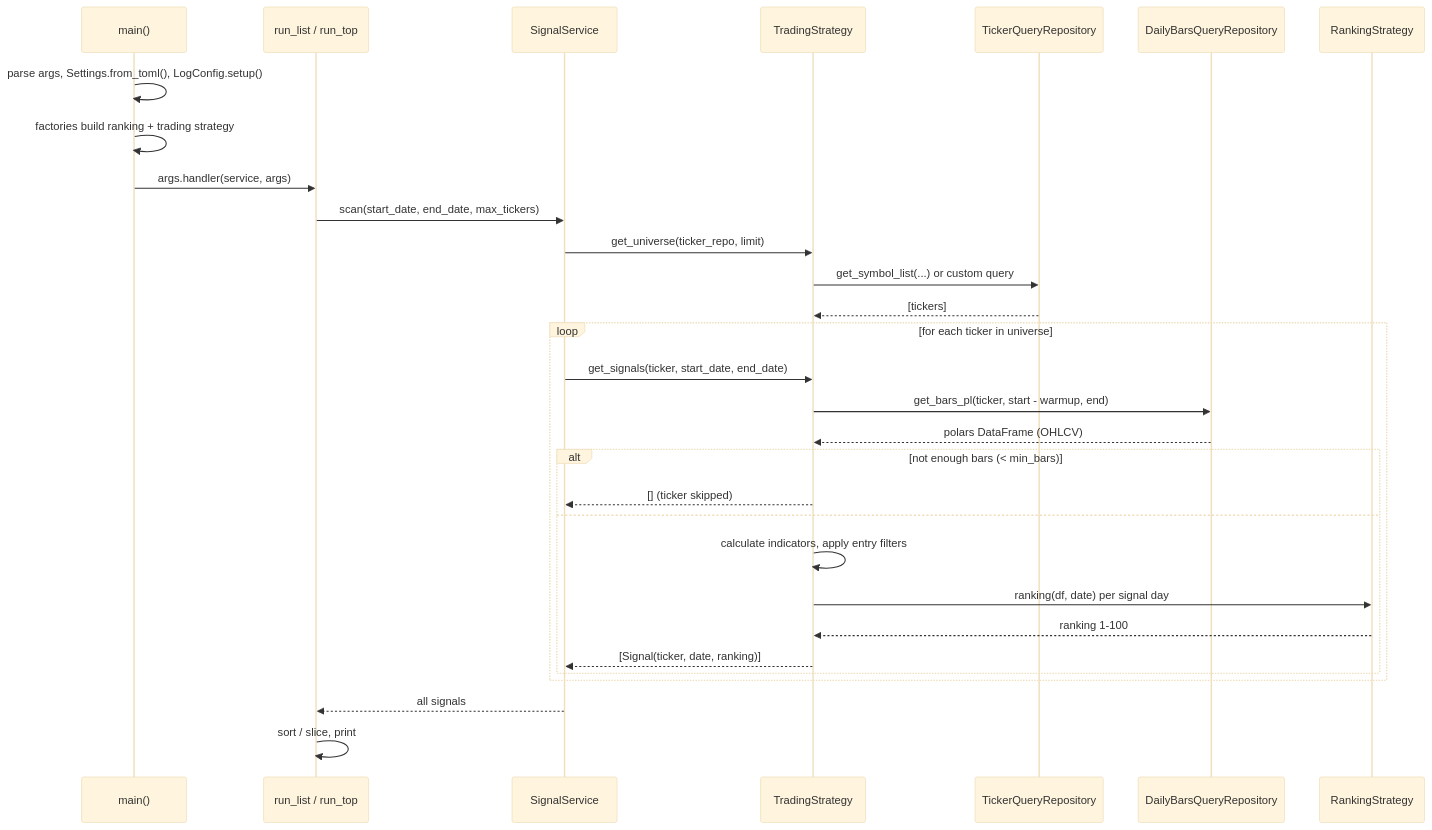
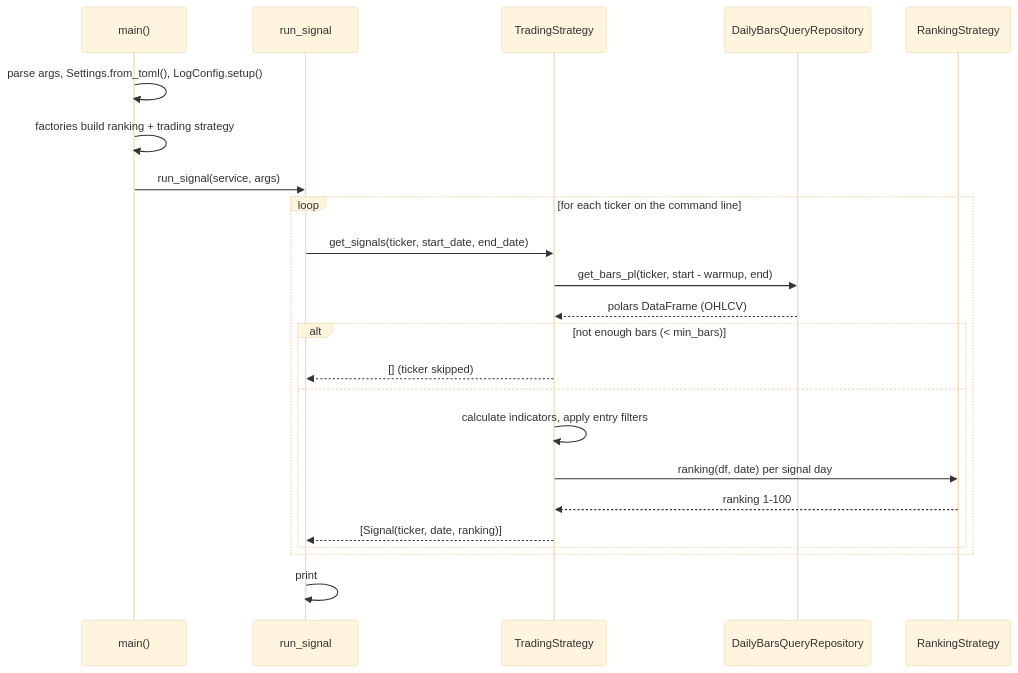
The second of 2 diagrams in docs/signal_runner.md (jaaknt/turtle-backtest), drawn with Mermaid (base theme) before and after one commit. The commit also changed other lines of this file and 7 other files, not shown here.

First line of the commit message:
Remove list/top modes from signal-runner, flatten to a single-purpose CLI

````diff
--- a/docs/signal_runner.md
+++ b/docs/signal_runner.md
@@ -56,33 +47,26 @@
 ```mermaid
 sequenceDiagram
     participant M as main()
-    participant H as run_list / run_top
-    participant S as SignalService
+    participant H as run_signal
     participant T as TradingStrategy
-    participant TR as TickerQueryRepository
     participant BR as DailyBarsQueryRepository
     participant R as RankingStrategy
 
     M->>M: parse args, Settings.from_toml(), LogConfig.setup()
     M->>M: factories build ranking + trading strategy
-    M->>H: args.handler(service, args)
-    H->>S: scan(start_date, end_date, max_tickers)
-    S->>T: get_universe(ticker_repo, limit)
-    T->>TR: get_symbol_list(...) or custom query
-    TR-->>T: [tickers]
-    loop for each ticker in universe
-        S->>T: get_signals(ticker, start_date, end_date)
+    M->>H: run_signal(service, args)
+    loop for each ticker on the command line
+        H->>T: get_signals(ticker, start_date, end_date)
         T->>BR: get_bars_pl(ticker, start - warmup, end)
         BR-->>T: polars DataFrame (OHLCV)
         alt not enough bars (< min_bars)
-            T-->>S: [] (ticker skipped)
+            T-->>H: [] (ticker skipped)
         else
             T->>T: calculate indicators, apply entry filters
             T->>R: ranking(df, date) per signal day
             R-->>T: ranking 1-100
-            T-->>S: [Signal(ticker, date, ranking)]
+            T-->>H: [Signal(ticker, date, ranking)]
         end
     end
-    S-->>H: all signals
-    H->>H: sort / slice, print
+    H->>H: print
 ```
````
